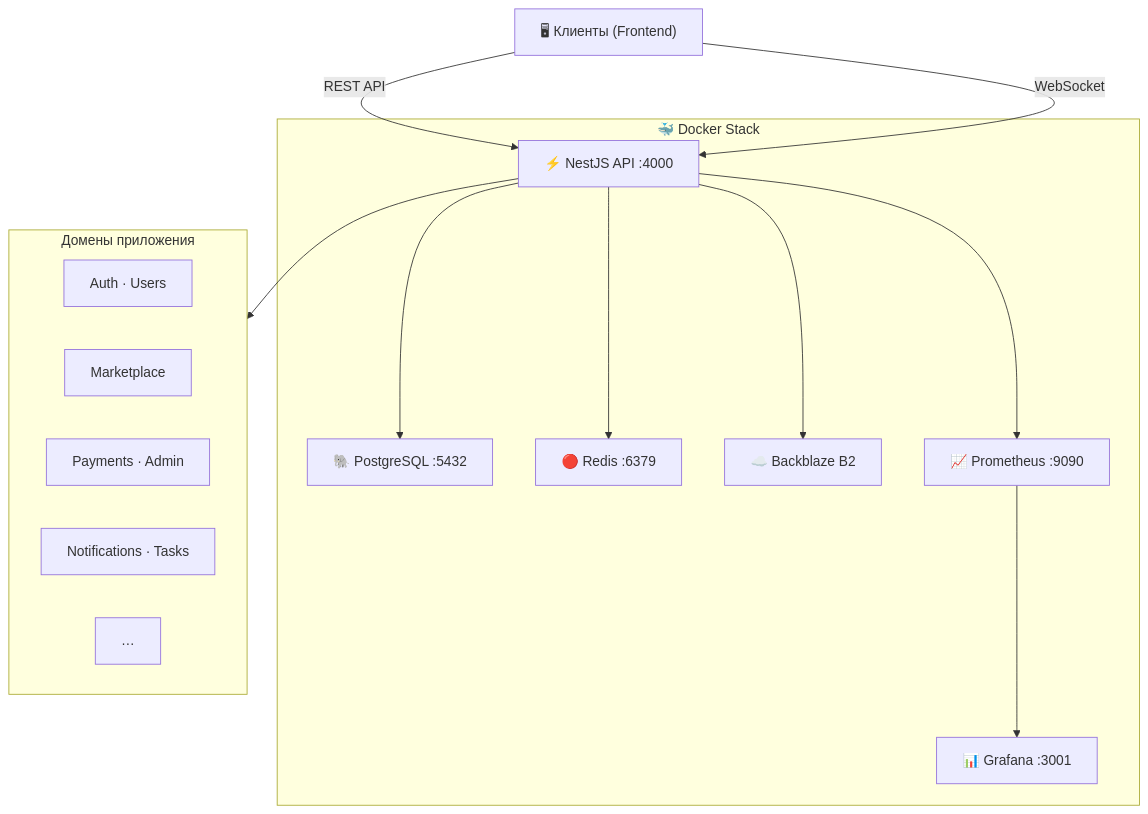
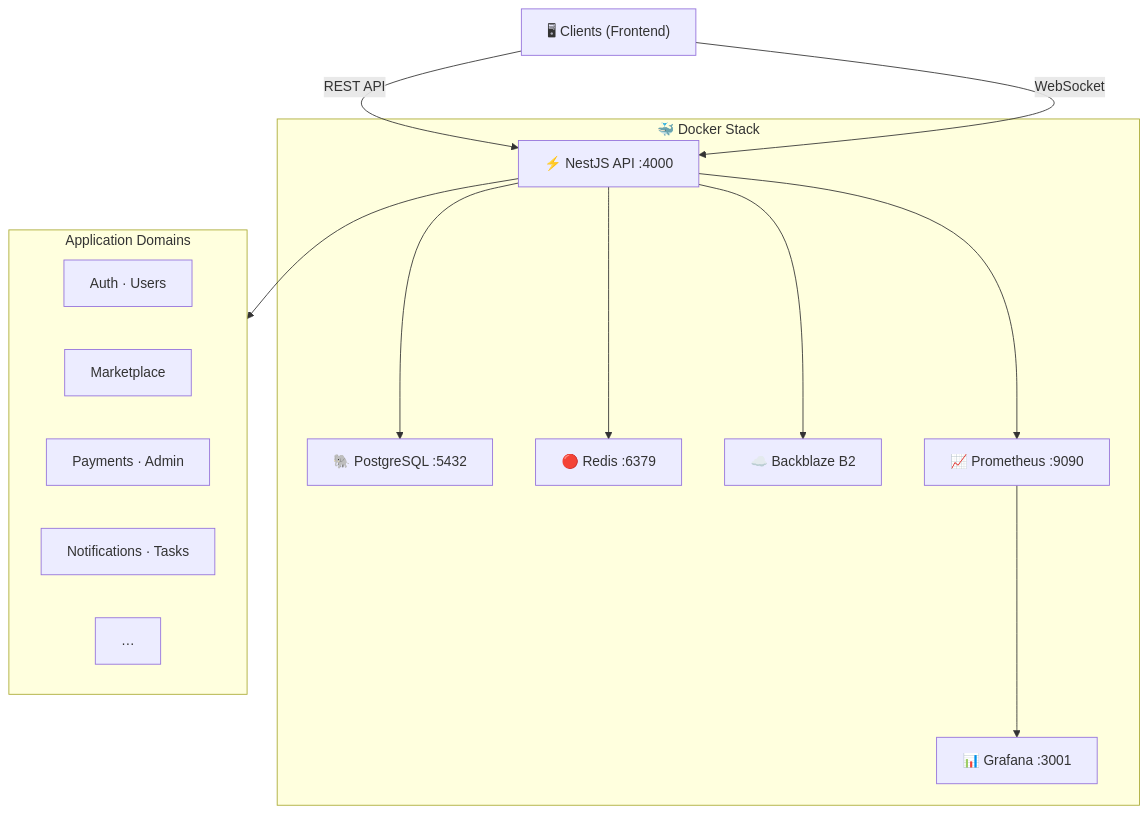
One commit to 1GoodCod1/api-master changed the diagram in README.md. Above: the diagram before and after it, drawn with Mermaid. The commit also changed other lines of this file and 2 other files, not shown here.

````diff
--- a/README.md
+++ b/README.md
@@ -49,33 +49,33 @@
 ```mermaid
 graph TB
-    Client["🖥 Клиенты (Frontend)"]
+    Client["🖥 Clients (Frontend)"]
 
     Client -->|REST API| API
     Client -->|WebSocket| API
 
     subgraph Docker["🐳 Docker Stack"]
         API["⚡ NestJS API :4000"]
         PG["🐘 PostgreSQL :5432"]
         RD["🔴 Redis :6379"]
         S3["☁️ Backblaze B2"]
         PROM["📈 Prometheus :9090"]
         GRAF["📊 Grafana :3001"]
     end
 
     API --> PG
     API --> RD
     API --> S3
     API --> PROM
     PROM --> GRAF
 
-    subgraph Domains["Домены приложения"]
+    subgraph Domains["Application Domains"]
         direction LR
         M1["Auth · Users"]
         M2["Marketplace"]
         M3["Payments · Admin"]
         M4["Notifications · Tasks"]
         M5["…"]
     end
 
     API --> Domains
 ```
````
